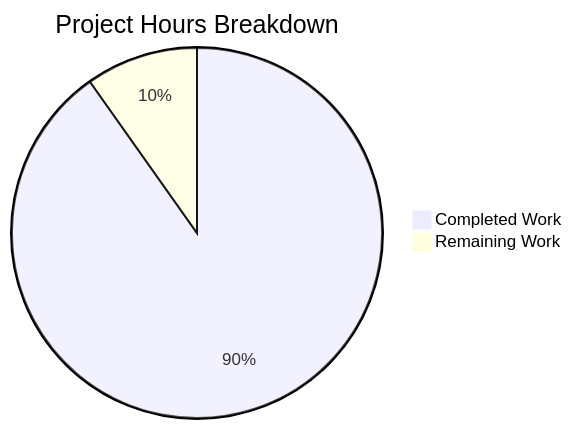
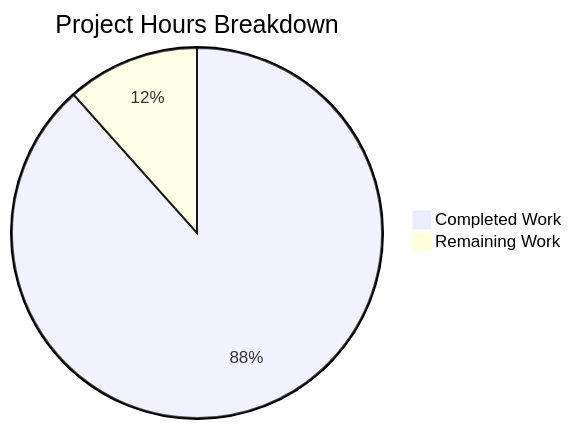
Before and after one commit to lakshya-blitzy/Dec_repo_with_valid_mul_files: the diagram in blitzy/documentation/Project Guide.md, drawn with Mermaid. The commit also changed other lines of this file, not shown here.

Commit message:
Adding Blitzy Project Guide: Project Status and Human Tasks Remaining

````diff
--- a/blitzy/documentation/Project Guide.md
+++ b/blitzy/documentation/Project Guide.md
@@ -26,5 +29,5 @@
 ```mermaid
 pie title Project Hours Breakdown
-    "Completed Work" : 92
-    "Remaining Work" : 10
+    "Completed Work" : 61
+    "Remaining Work" : 8
 ```
````
